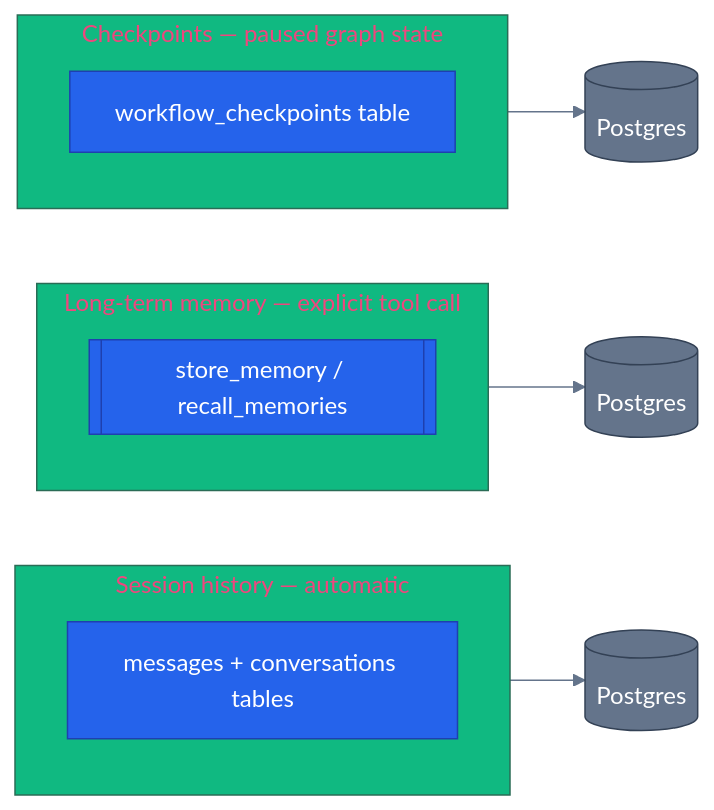
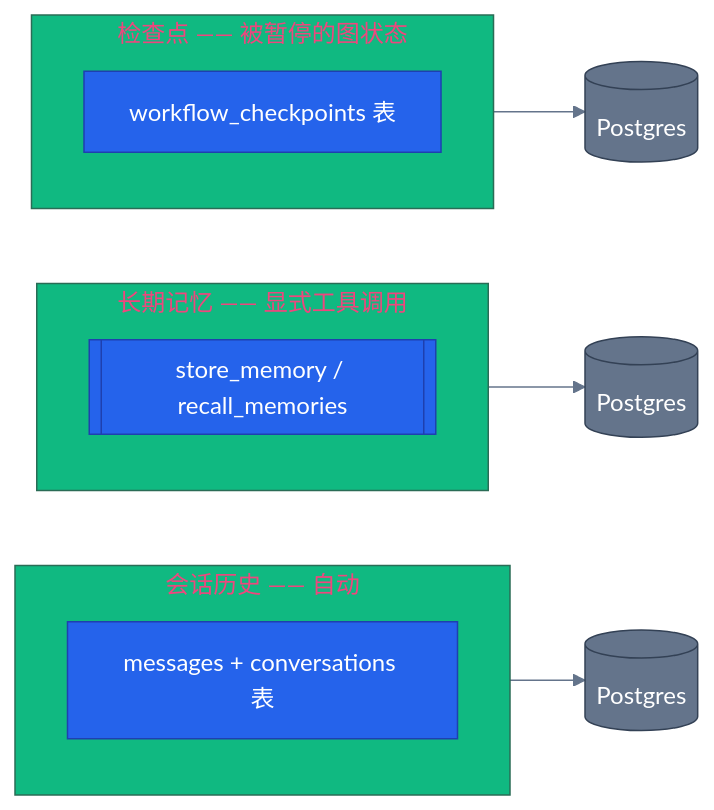
Before and after one commit to s1encisi/reliable-commerce-agents: the diagram in docs/concepts/08-state-memory-and-sessions.md, drawn with Mermaid. The commit also changed other lines of this file and 1033 other files, not shown here.

````diff
--- a/docs/concepts/08-state-memory-and-sessions.md
+++ b/docs/concepts/08-state-memory-and-sessions.md
@@ -85,26 +70,26 @@
 ```mermaid
 %%{init: {'theme':'base', 'themeVariables': {
   'primaryColor': '#2563eb','primaryTextColor': '#ffffff','primaryBorderColor': '#1e40af',
   'lineColor': '#64748b','secondaryColor': '#f59e0b','tertiaryColor': '#10b981',
   'background': 'transparent'}}}%%
 flowchart LR
   classDef core  fill:#2563eb,stroke:#1e40af,color:#ffffff
   classDef infra fill:#64748b,stroke:#334155,color:#ffffff
 
-  subgraph history["Session history — automatic"]
-    h1["messages + conversations tables"]
+  subgraph history["会话历史 —— 自动"]
+    h1["messages + conversations 表"]
   end
-  subgraph memory["Long-term memory — explicit tool call"]
+  subgraph memory["长期记忆 —— 显式工具调用"]
     m1[["store_memory / recall_memories"]]
   end
-  subgraph checkpoints["Checkpoints — paused graph state"]
-    c1["workflow_checkpoints table"]
+  subgraph checkpoints["检查点 —— 被暂停的图状态"]
+    c1["workflow_checkpoints 表"]
   end
 
   history --> pg1[("Postgres")]
   memory --> pg2[("Postgres")]
   checkpoints --> pg3[("Postgres")]
 
   class h1,m1,c1 core
   class pg1,pg2,pg3 infra
 ```
````
